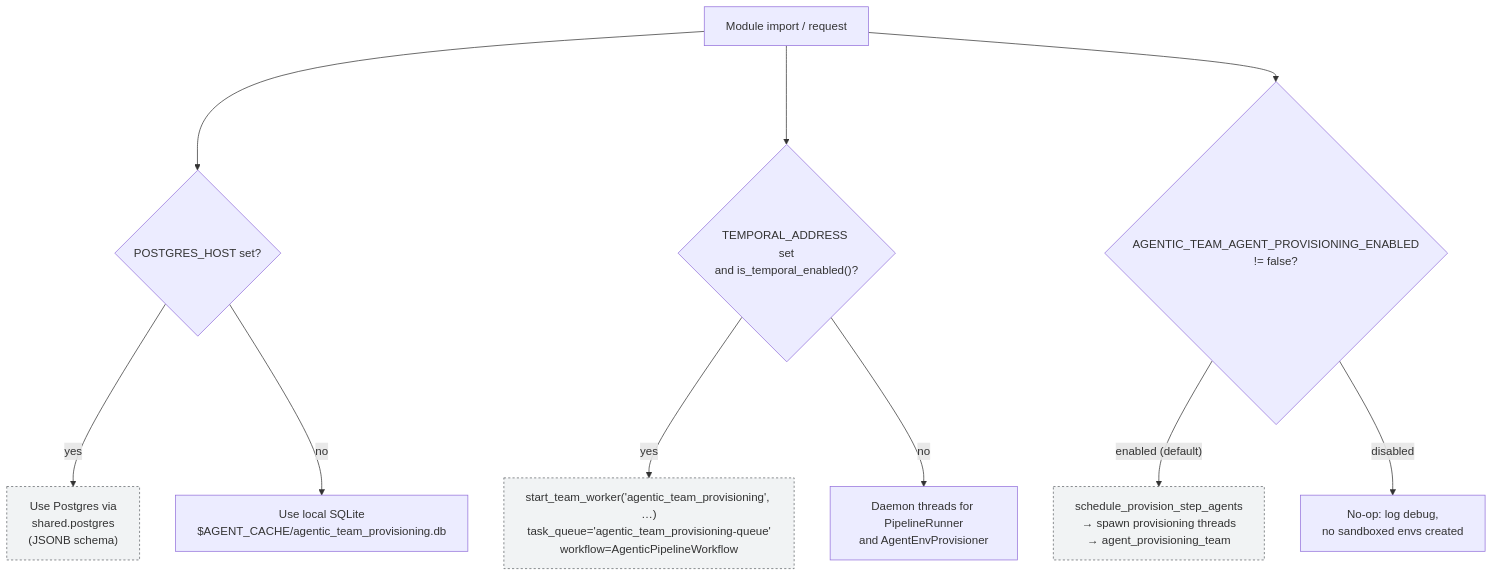
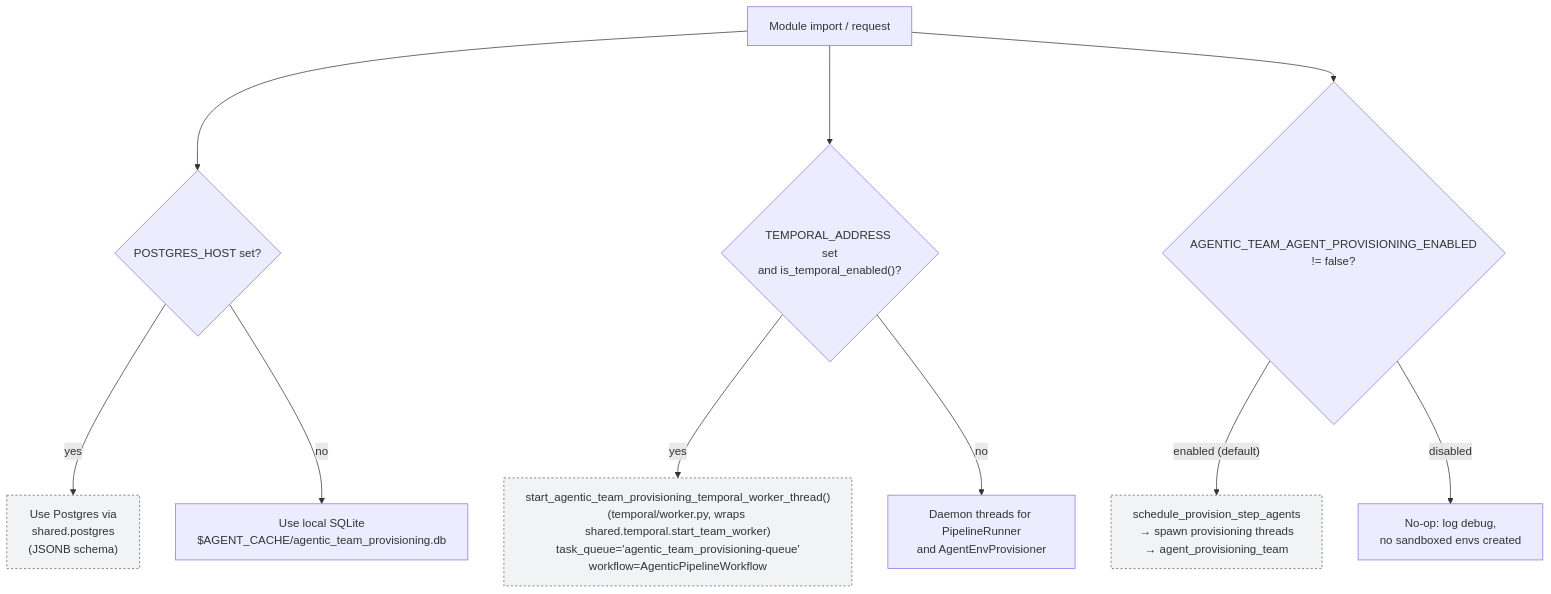
One commit to brandonkindred/Khala-Agentic-AI-Teams changed the third of 3 diagrams in backend/agents/agent_team_studio/agentic_team_provisioning/system_design/system_design.md. Above: the diagram before and after it, drawn with Mermaid. The commit also changed 1 other file, not shown here.

Commit message:
Fix ambiguous roster-gap branch labels and worker bootstrap name mismatch
Two more review findings on #5923:
- flow_charts.md's roster-validation flowchart had overlapping decision
  labels (len(missing) == 3 and >= 2 both true for 3 missing fields);
  the elif in roster_validation.py means the sparse_profile branch is
  only ever reached at exactly 2, so labeled it accordingly.
- system_design.md's runtime-mode decision tree named the Temporal
  bootstrap step after shared.temporal.start_team_worker, contradicting
  the module diagram and key-files table, which correctly name the real
  entry point (temporal/worker.py's
  start_agentic_team_provisioning_temporal_worker_thread, which wraps
  start_team_worker internally). Made the flowchart consistent with them.

Claude-Session: https://claude.ai/code/session_01MQmihjQsEbYmKEfo5ZAB8V

````diff
--- a/backend/agents/agent_team_studio/agentic_team_provisioning/system_design/system_design.md
+++ b/backend/agents/agent_team_studio/agentic_team_provisioning/system_design/system_design.md
@@ -261,18 +261,18 @@
 ```mermaid
 flowchart TD
     Start["Module import / request"]
     Start --> Q1{"POSTGRES_HOST set?"}
     Q1 -->|yes| PG["Use Postgres via<br/>shared.postgres<br/>(JSONB schema)"]
     Q1 -->|no| SQLite["Use local SQLite<br/>$AGENT_CACHE/agentic_team_provisioning.db"]
 
     Start --> Q2{"TEMPORAL_ADDRESS set<br/>and is_temporal_enabled()?"}
-    Q2 -->|yes| T["start_team_worker('agentic_team_provisioning', …)<br/>task_queue='agentic_team_provisioning-queue'<br/>workflow=AgenticPipelineWorkflow"]
+    Q2 -->|yes| T["start_agentic_team_provisioning_temporal_worker_thread()<br/>(temporal/worker.py, wraps shared.temporal.start_team_worker)<br/>task_queue='agentic_team_provisioning-queue'<br/>workflow=AgenticPipelineWorkflow"]
     Q2 -->|no| Thread["Daemon threads for PipelineRunner<br/>and AgentEnvProvisioner"]
 
     Start --> Q3{"AGENTIC_TEAM_AGENT_PROVISIONING_ENABLED<br/>!= false?"}
     Q3 -->|"enabled (default)"| Bridge["schedule_provision_step_agents<br/>→ spawn provisioning threads<br/>→ agent_provisioning_team"]
     Q3 -->|disabled| Skip["No-op: log debug,<br/>no sandboxed envs created"]
 
     classDef external fill:#f1f3f4,stroke:#5f6368,stroke-dasharray: 3 3
     class PG,T,Bridge external
 ```
````
